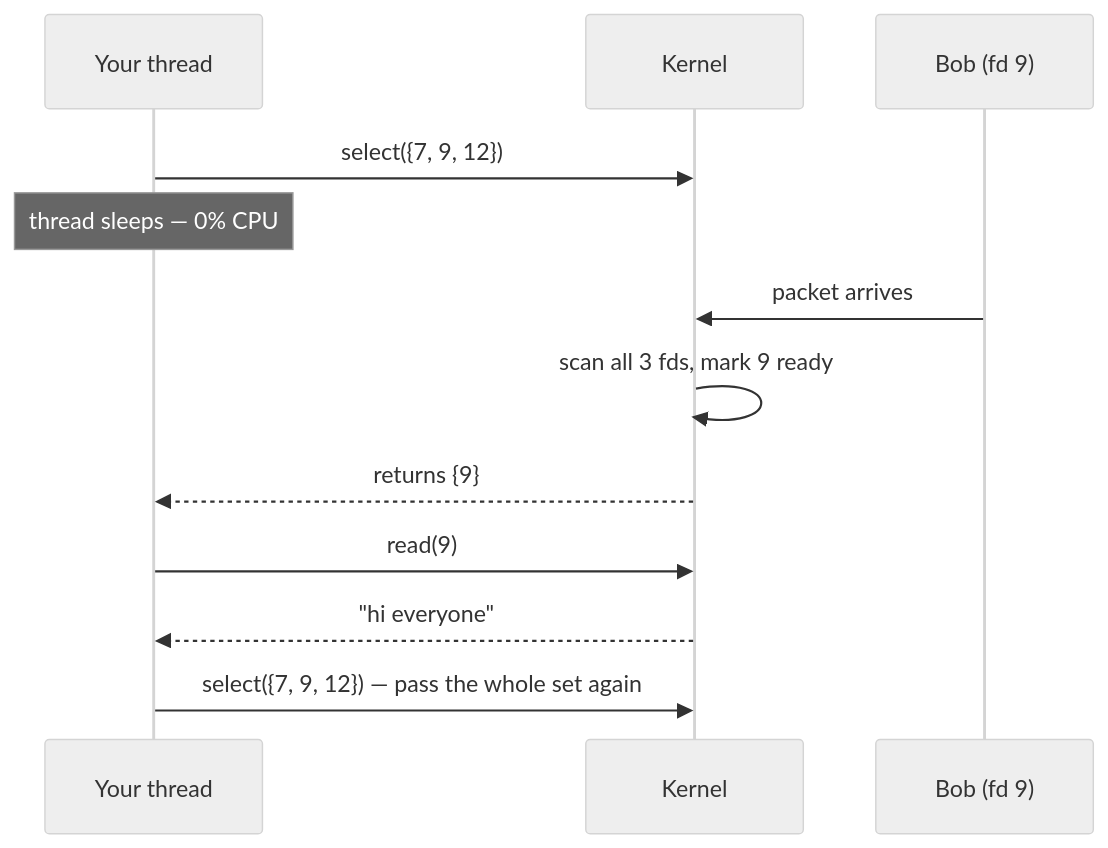
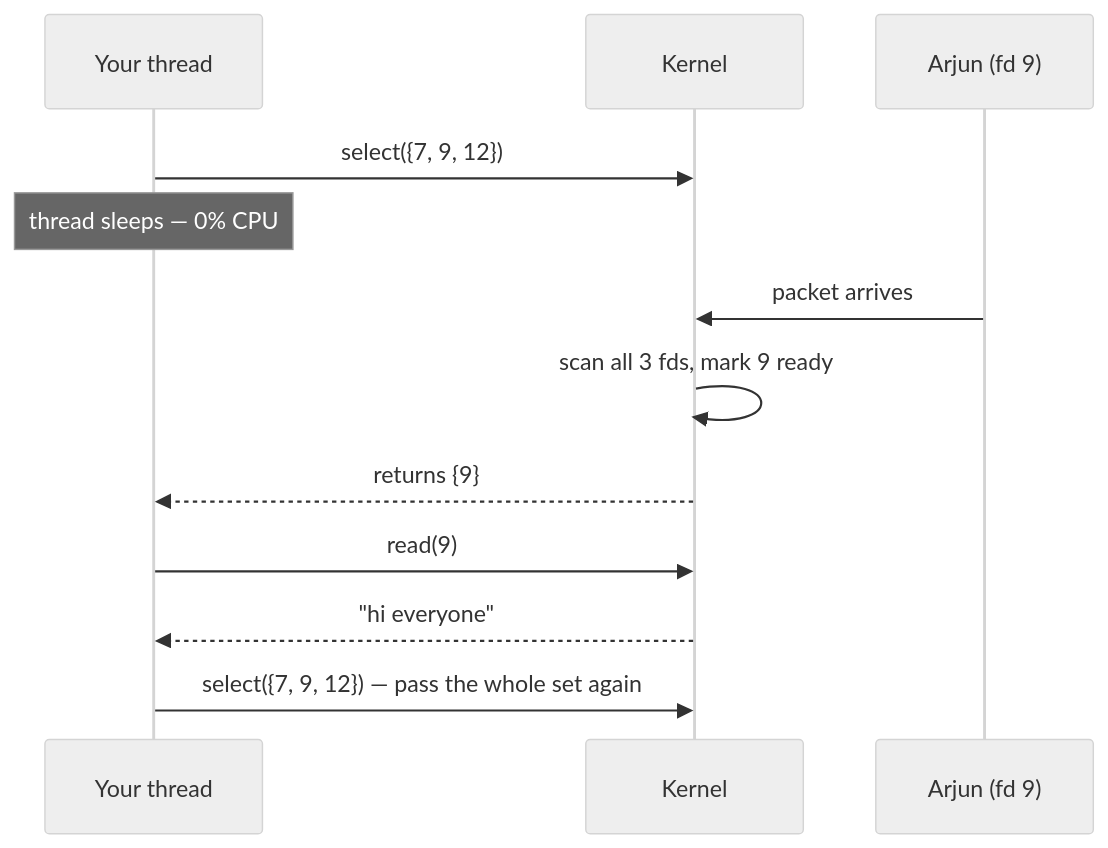
One commit to ravivarmachaluvadi/Learning changed the second of 3 diagrams in 03-io-multiplexing/README.md. Above: the diagram before and after it, drawn with Mermaid (neutral theme). The commit also changed other lines of this file, not shown here.

````diff
--- a/03-io-multiplexing/README.md
+++ b/03-io-multiplexing/README.md
@@ -485,14 +676,14 @@
 ```mermaid
 sequenceDiagram
     participant App as Your thread
     participant K as Kernel
-    participant Bob as Bob (fd 9)
+    participant Arjun as Arjun (fd 9)
     App->>K: select({7, 9, 12})
     Note over App: thread sleeps — 0% CPU
-    Bob->>K: packet arrives
+    Arjun->>K: packet arrives
     K->>K: scan all 3 fds, mark 9 ready
     K-->>App: returns {9}
     App->>K: read(9)
     K-->>App: "hi everyone"
-    App->>K: select({7, 9, 12})  — pass the whole set again
+    App->>K: select({7, 9, 12}) — pass the whole set again
 ```
````
